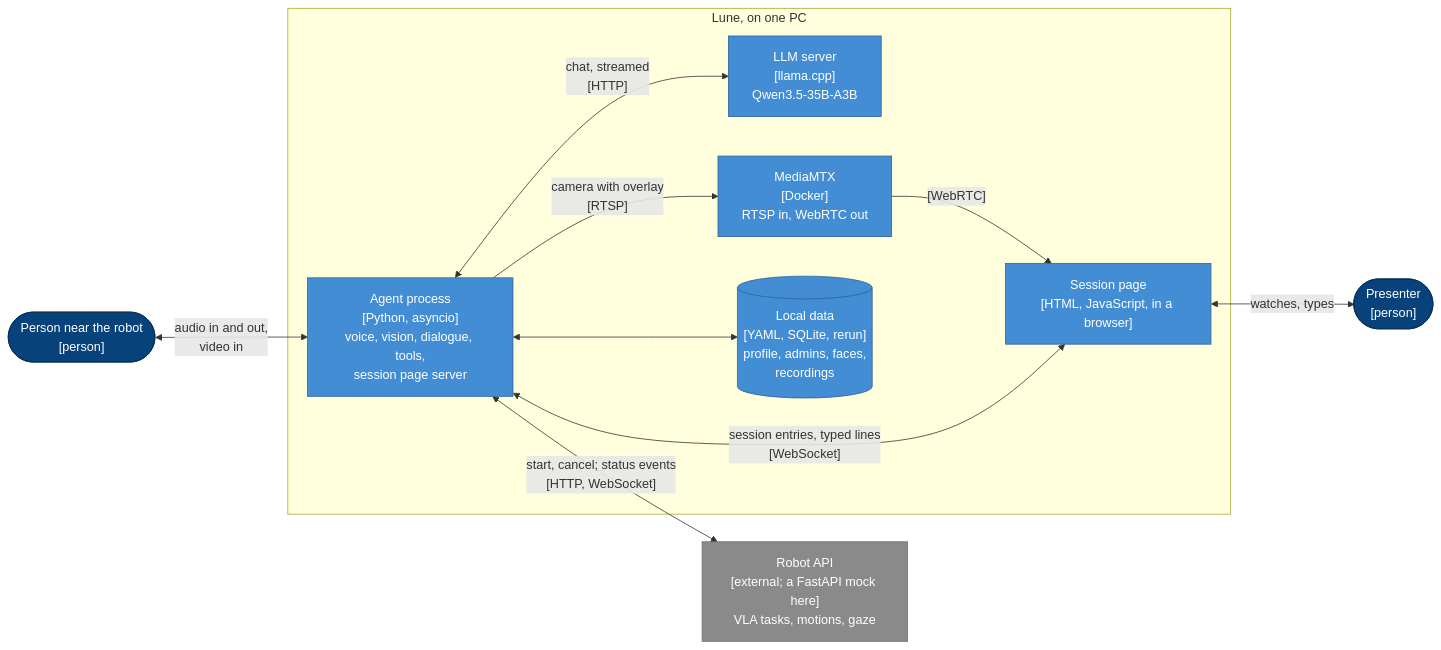
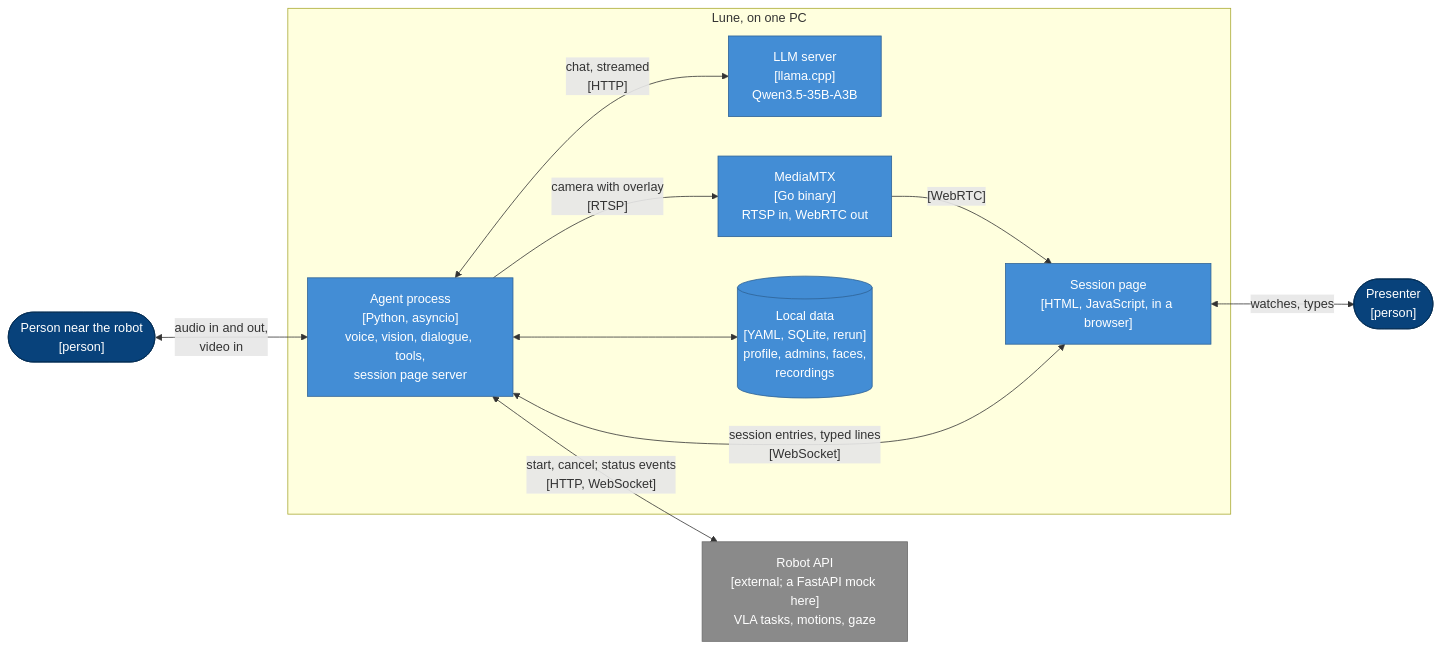
The second of 9 diagrams in docs/ARCHITECTURE.md (lokiledev/robot-voice-agent), drawn with Mermaid before and after one commit. The commit also changed other lines of this file and 15 other files, not shown here.

First line of the commit message:
Run everything with rva up, and MediaMTX without Docker

````diff
--- a/docs/ARCHITECTURE.md
+++ b/docs/ARCHITECTURE.md
@@ -40,29 +40,29 @@
 ```mermaid
 flowchart LR
     human(["Person near the robot<br/>[person]"])
     subgraph pc ["Lune, on one PC"]
         agent["Agent process<br/>[Python, asyncio]<br/>voice, vision, dialogue, tools,<br/>session page server"]
         llm["LLM server<br/>[llama.cpp]<br/>Qwen3.5-35B-A3B"]
-        mtx["MediaMTX<br/>[Docker]<br/>RTSP in, WebRTC out"]
+        mtx["MediaMTX<br/>[Go binary]<br/>RTSP in, WebRTC out"]
         page["Session page<br/>[HTML, JavaScript, in a browser]"]
         data[("Local data<br/>[YAML, SQLite, rerun]<br/>profile, admins, faces,<br/>recordings")]
     end
     body["Robot API<br/>[external; a FastAPI mock here]<br/>VLA tasks, motions, gaze"]
     presenter(["Presenter<br/>[person]"])
 
     human <-- "audio in and out,<br/>video in" --> agent
     agent <-- "chat, streamed<br/>[HTTP]" --> llm
     agent <-- "start, cancel; status events<br/>[HTTP, WebSocket]" --> body
     agent <--> data
     agent -- "camera with overlay<br/>[RTSP]" --> mtx
     mtx -- "[WebRTC]" --> page
     agent <-- "session entries, typed lines<br/>[WebSocket]" --> page
     page <-- "watches, types" --> presenter
 
     classDef person fill:#08427b,stroke:#052e56,color:#fff
     classDef container fill:#438dd5,stroke:#2e6295,color:#fff
     classDef external fill:#8a8a8a,stroke:#6b6b6b,color:#fff
     class human,presenter person
     class agent,llm,mtx,page,data container
     class body external
 ```
````
